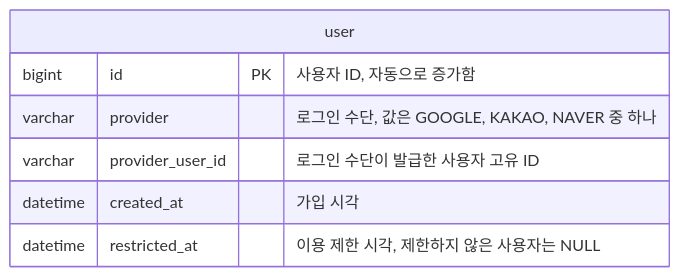
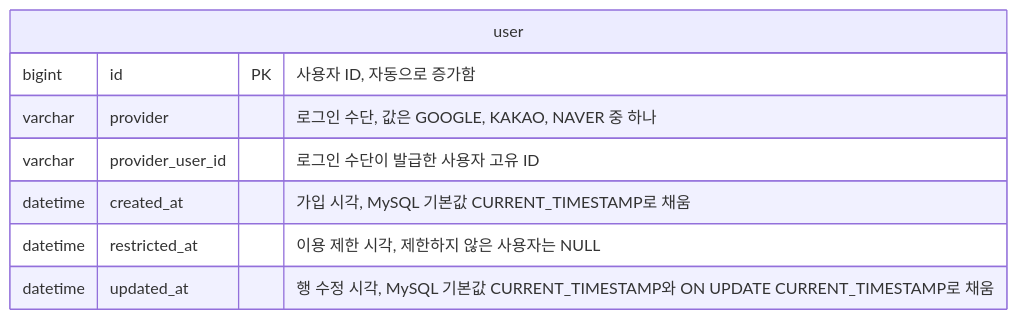
Before and after one commit to f-lab-edu/jipsee: the second of 10 diagrams in docs/erd.md, drawn with Mermaid. The commit also changed other lines of this file, not shown here.

````diff
--- a/docs/erd.md
+++ b/docs/erd.md
@@ -50,10 +52,11 @@
 ```mermaid
 erDiagram
     user {
         bigint id PK "사용자 ID, 자동으로 증가함"
         varchar provider "로그인 수단, 값은 GOOGLE, KAKAO, NAVER 중 하나"
         varchar provider_user_id "로그인 수단이 발급한 사용자 고유 ID"
-        datetime created_at "가입 시각"
+        datetime created_at "가입 시각, MySQL 기본값 CURRENT_TIMESTAMP로 채움"
         datetime restricted_at "이용 제한 시각, 제한하지 않은 사용자는 NULL"
+        datetime updated_at "행 수정 시각, MySQL 기본값 CURRENT_TIMESTAMP와 ON UPDATE CURRENT_TIMESTAMP로 채움"
     }
 ```
````
